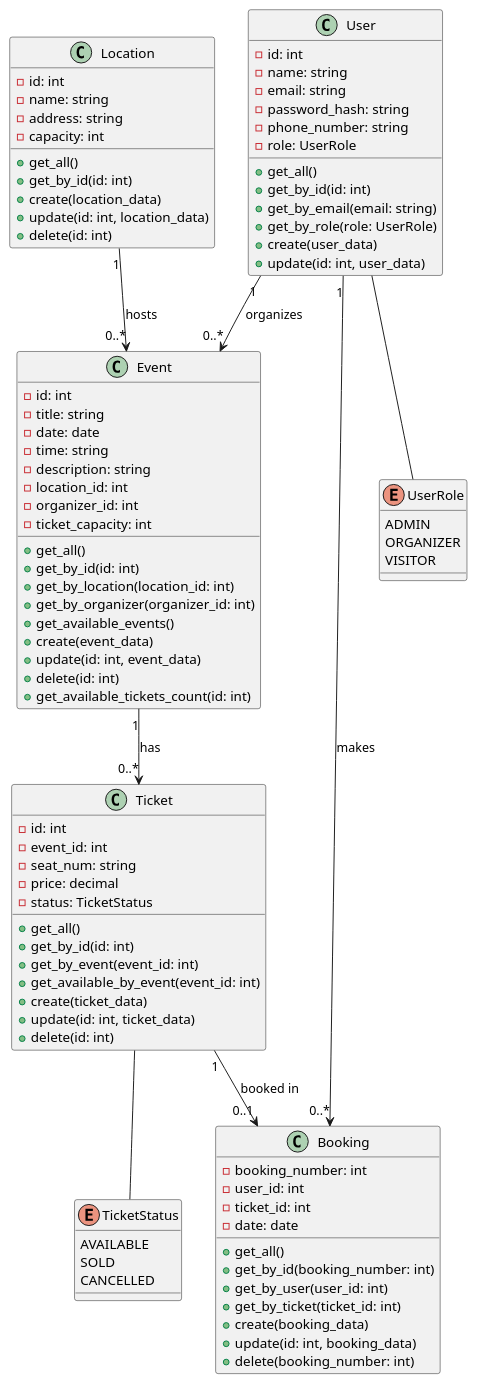
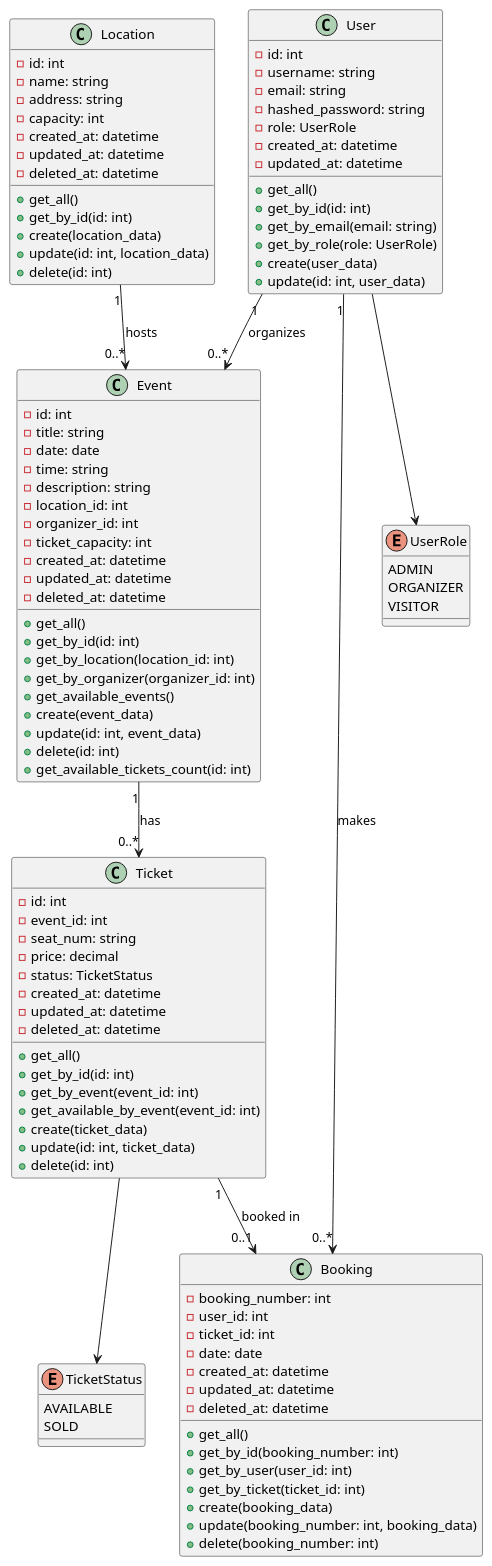
The second of 2 diagrams in backend/app/uml.md (JulianBierbaum/docker-fullstack-filtered), drawn with PlantUML before and after one commit. The commit also changed other lines of this file and 13 other files, not shown here.

````diff
--- a/backend/app/uml.md
+++ b/backend/app/uml.md
@@ -76,5 +76,6 @@
 ```plantuml
 @startuml
+
 enum UserRole {
   ADMIN
   ORGANIZER
@@ -84,16 +85,16 @@
 enum TicketStatus {
   AVAILABLE
   SOLD
-  CANCELLED
 }
 
 class User {
   - id: int
-  - name: string
+  - username: string
   - email: string
-  - password_hash: string
-  - phone_number: string
+  - hashed_password: string
   - role: UserRole
+  - created_at: datetime
+  - updated_at: datetime
 
   + get_all()
   + get_by_id(id: int)
@@ -108,6 +109,9 @@
   - name: string
   - address: string
   - capacity: int
+  - created_at: datetime
+  - updated_at: datetime
+  - deleted_at: datetime
 
   + get_all()
   + get_by_id(id: int)
@@ -125,6 +129,9 @@
   - location_id: int
   - organizer_id: int
   - ticket_capacity: int
+  - created_at: datetime
+  - updated_at: datetime
+  - deleted_at: datetime
 
   + get_all()
   + get_by_id(id: int)
@@ -143,6 +150,9 @@
   - seat_num: string
   - price: decimal
   - status: TicketStatus
+  - created_at: datetime
+  - updated_at: datetime
+  - deleted_at: datetime
 
   + get_all()
   + get_by_id(id: int)
@@ -158,13 +168,16 @@
   - user_id: int
   - ticket_id: int
   - date: date
+  - created_at: datetime
+  - updated_at: datetime
+  - deleted_at: datetime
 
   + get_all()
   + get_by_id(booking_number: int)
   + get_by_user(user_id: int)
   + get_by_ticket(ticket_id: int)
   + create(booking_data)
-  + update(id: int, booking_data)
+  + update(booking_number: int, booking_data)
   + delete(booking_number: int)
 }
 
@@ -174,8 +187,8 @@
 Event "1" --> "0..*" Ticket : has
 Ticket "1" --> "0..1" Booking : booked in
 
-User -- UserRole
-Ticket -- TicketStatus
+User --> UserRole
+Ticket --> TicketStatus
 
 @enduml
 ```
````
